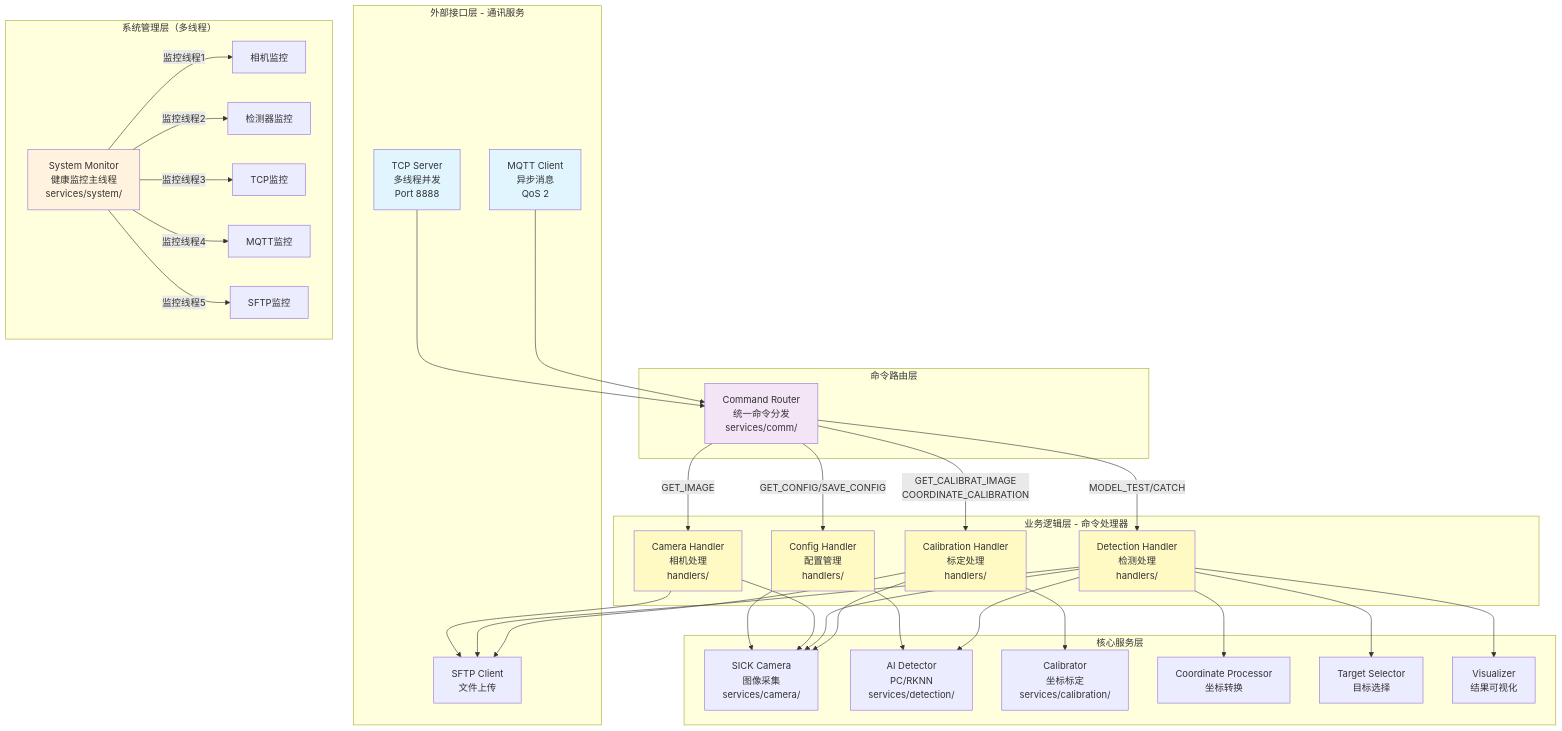
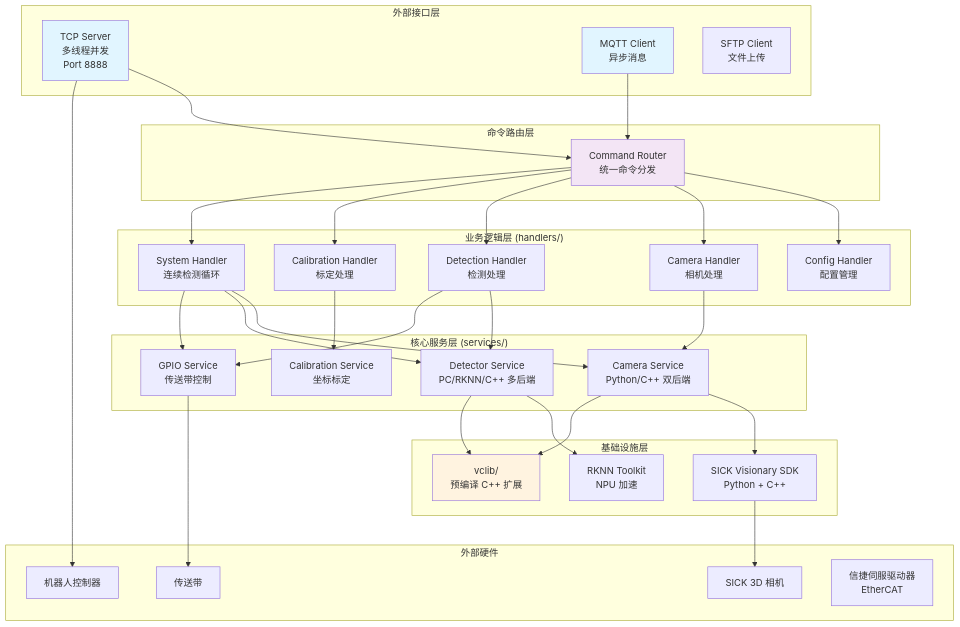
One commit to Master-Cao/VisualCoreEnterpriseEdition changed the first of 2 diagrams in README.md. Above: the diagram before and after it, drawn with Mermaid. The commit also changed other lines of this file, not shown here.

````diff
--- a/README.md
+++ b/README.md
@@ -119,67 +155,70 @@
 ```mermaid
 graph TB
-    subgraph "外部接口层 - 通讯服务"
+    subgraph "外部接口层"
         TCP[TCP Server<br/>多线程并发<br/>Port 8888]
-        MQTT[MQTT Client<br/>异步消息<br/>QoS 2]
+        MQTT[MQTT Client<br/>异步消息]
         SFTP[SFTP Client<br/>文件上传]
     end
     
     subgraph "命令路由层"
-        Router[Command Router<br/>统一命令分发<br/>services/comm/]
+        Router[Command Router<br/>统一命令分发]
     end
     
-    subgraph "业务逻辑层 - 命令处理器"
-        Config[Config Handler<br/>配置管理<br/>handlers/]
-        Camera_Handler[Camera Handler<br/>相机处理<br/>handlers/]
-        Detection_Handler[Detection Handler<br/>检测处理<br/>handlers/]
-        Calib_Handler[Calibration Handler<br/>标定处理<br/>handlers/]
+    subgraph "业务逻辑层 (handlers/)"
+        Config[Config Handler<br/>配置管理]
+        Camera_Handler[Camera Handler<br/>相机处理]
+        Detection_Handler[Detection Handler<br/>检测处理]
+        Calib_Handler[Calibration Handler<br/>标定处理]
+        System_Handler[System Handler<br/>连续检测循环]
     end
     
-    subgraph "核心服务层"
-        Camera[SICK Camera<br/>图像采集<br/>services/camera/]
-        Detector[AI Detector<br/>PC/RKNN<br/>services/detection/]
-        Calibrator[Calibrator<br/>坐标标定<br/>services/calibration/]
-        Coordinator[Coordinate Processor<br/>坐标转换]
-        TargetSelector[Target Selector<br/>目标选择]
-        Visualizer[Visualizer<br/>结果可视化]
+    subgraph "核心服务层 (services/)"
+        Camera[Camera Service<br/>Python/C++ 双后端]
+        Detector[Detector Service<br/>PC/RKNN/C++ 多后端]
+        Calibrator[Calibration Service<br/>坐标标定]
+        GPIO[GPIO Service<br/>传送带控制]
     end
     
-    subgraph "系统管理层（多线程）"
-        Monitor[System Monitor<br/>健康监控主线程<br/>services/system/]
-        Monitor --> |监控线程1| CameraMonitor[相机监控]
-        Monitor --> |监控线程2| DetectorMonitor[检测器监控]
-        Monitor --> |监控线程3| TCPMonitor[TCP监控]
-        Monitor --> |监控线程4| MQTTMonitor[MQTT监控]
-        Monitor --> |监控线程5| SFTPMonitor[SFTP监控]
+    subgraph "基础设施层"
+        SICK_SDK[SICK Visionary SDK<br/>Python + C++]
+        RKNN[RKNN Toolkit<br/>NPU 加速]
+        vclib[vclib/<br/>预编译 C++ 扩展]
+    end
+    
+    subgraph "外部硬件"
+        SICK_Camera[SICK 3D 相机]
+        Robot[机器人控制器]
+        Conveyor[传送带]
+        Servo[信捷伺服驱动器<br/>EtherCAT]
     end
     
     TCP --> Router
     MQTT --> Router
-    Router --> |GET_CONFIG/SAVE_CONFIG| Config
-    Router --> |GET_IMAGE| Camera_Handler
-    Router --> |MODEL_TEST/CATCH| Detection_Handler
-    Router --> |GET_CALIBRAT_IMAGE<br/>COORDINATE_CALIBRATION| Calib_Handler
+    Router --> Config
+    Router --> Camera_Handler
+    Router --> Detection_Handler
+    Router --> Calib_Handler
+    Router --> System_Handler
     
-    Config --> Camera
-    Config --> Detector
     Camera_Handler --> Camera
-    Camera_Handler --> SFTP
-    Detection_Handler --> Camera
     Detection_Handler --> Detector
-    Detection_Handler --> TargetSelector
-    Detection_Handler --> Visualizer
-    Detection_Handler --> Coordinator
-    Detection_Handler --> SFTP
-    Calib_Handler --> Camera
+    Detection_Handler --> GPIO
     Calib_Handler --> Calibrator
-    Calib_Handler --> SFTP
+    System_Handler --> Camera
+    System_Handler --> Detector
+    System_Handler --> GPIO
+    
+    Camera --> SICK_SDK
+    Camera --> vclib
+    Detector --> RKNN
+    Detector --> vclib
+    
+    SICK_SDK --> SICK_Camera
+    GPIO --> Conveyor
+    TCP --> Robot
     
     style TCP fill:#e1f5ff
     style MQTT fill:#e1f5ff
     style Router fill:#f3e5f5
-    style Config fill:#fff9c4
-    style Camera_Handler fill:#fff9c4
-    style Detection_Handler fill:#fff9c4
-    style Calib_Handler fill:#fff9c4
-    style Monitor fill:#fff3e0
+    style vclib fill:#fff3e0
 ```
````
